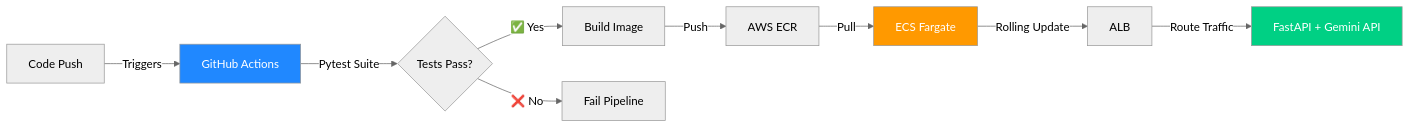
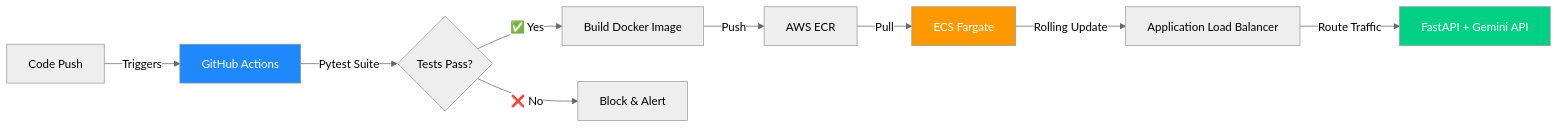
One commit to Devzane/Devzane changed the diagram in README.md. Above: the diagram before and after it, drawn with Mermaid (neutral theme). The commit also changed other lines of this file, not shown here.

````diff
--- a/README.md
+++ b/README.md
@@ -26,15 +57,15 @@
 ```mermaid
 graph LR
     A[Code Push] -->|Triggers| B[GitHub Actions]
     B -->|Pytest Suite| C{Tests Pass?}
-    C -->|✅ Yes| D[Build Image]
-    C -->|❌ No| E[Fail Pipeline]
+    C -->|✅ Yes| D[Build Docker Image]
+    C -->|❌ No| E[Block & Alert]
     D -->|Push| F[AWS ECR]
     F -->|Pull| G[ECS Fargate]
-    G -->|Rolling Update| H[ALB]
+    G -->|Rolling Update| H[Application Load Balancer]
     H -->|Route Traffic| I[FastAPI + Gemini API]
 
     style B fill:#2088FF,color:#fff
     style G fill:#FF9900,color:#fff
     style I fill:#00D084,color:#fff
 ```
````
